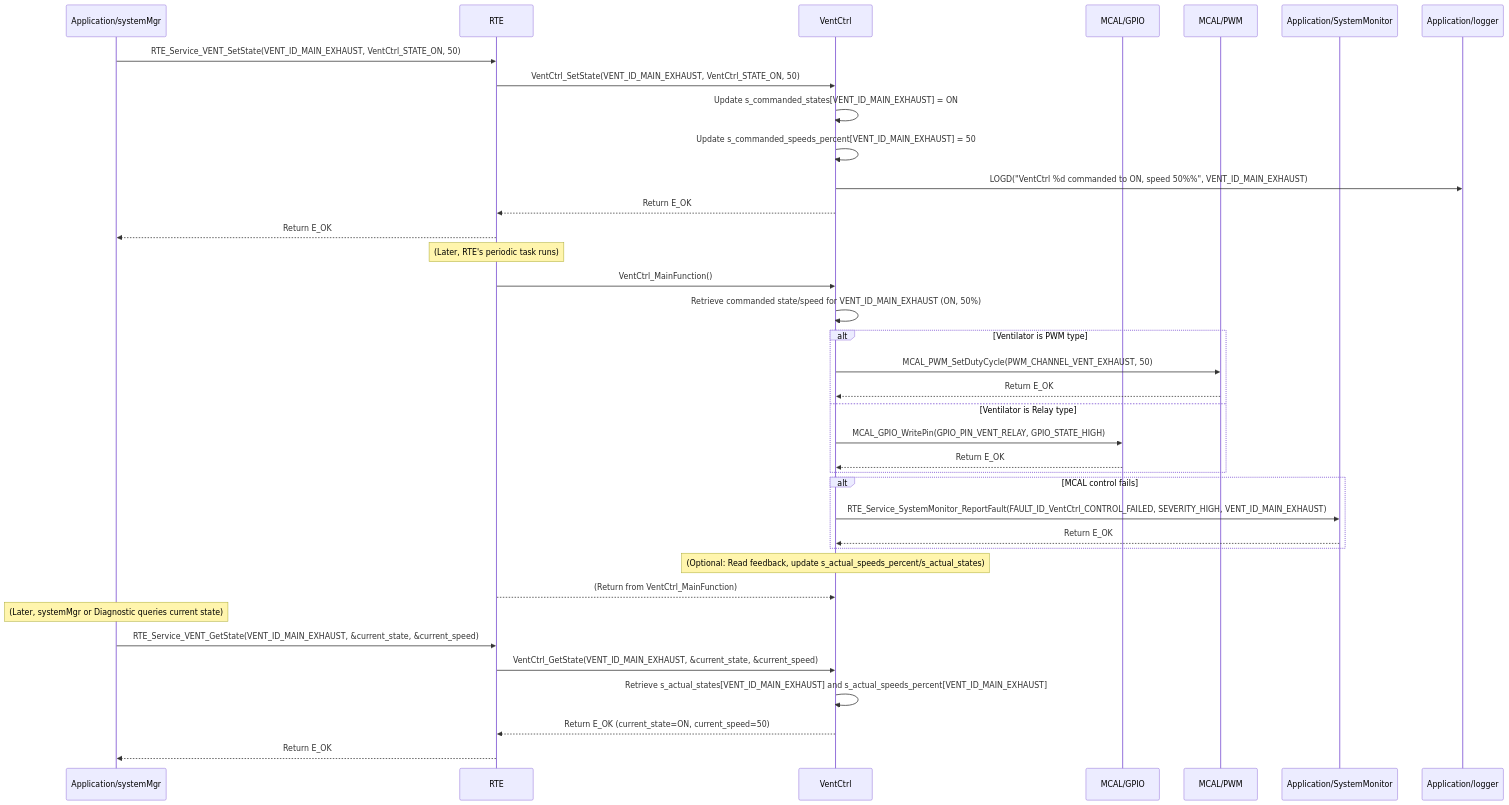
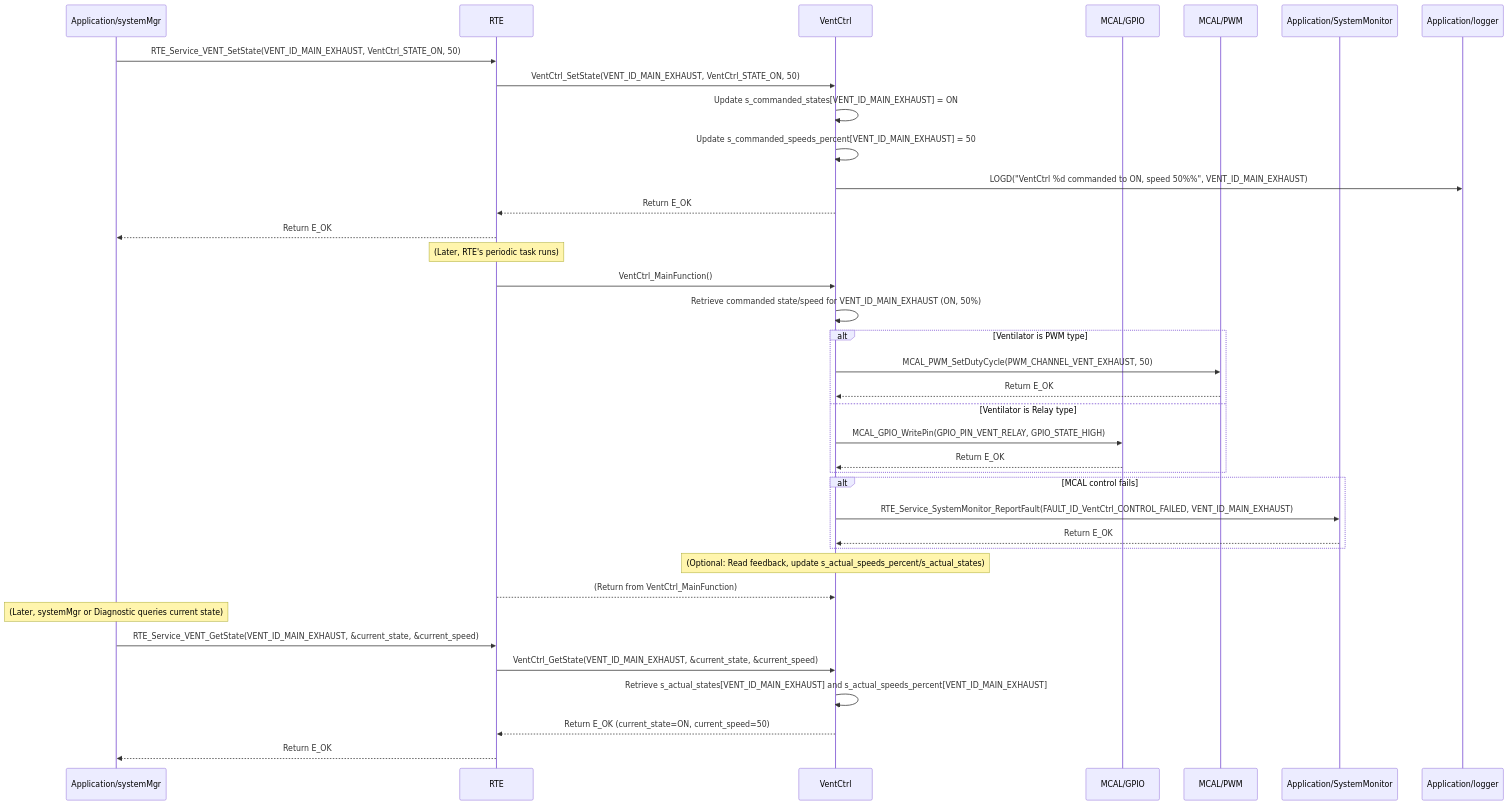
Before and after one commit to ashaker-2/Platform: the diagram in Requiremets/Design/Application/VentilatorControl.md, drawn with Mermaid. The commit also changed other lines of this file and 79 other files, not shown here.

````diff
--- a/Requiremets/Design/Application/VentilatorControl.md
+++ b/Requiremets/Design/Application/VentilatorControl.md
@@ -205,42 +211,42 @@
 ```mermaid
 sequenceDiagram  
     participant SystemMgr as Application/systemMgr  
     participant RTE as RTE  
     participant VentCtrl as VentCtrl  
     participant MCAL_GPIO as MCAL/GPIO  
     participant MCAL_PWM as MCAL/PWM  
     participant SystemMonitor as Application/SystemMonitor  
     participant Logger as Application/logger
 
     SystemMgr->>RTE: RTE_Service_VENT_SetState(VENT_ID_MAIN_EXHAUST, VentCtrl_STATE_ON, 50)  
     RTE->>VentCtrl: VentCtrl_SetState(VENT_ID_MAIN_EXHAUST, VentCtrl_STATE_ON, 50)  
     VentCtrl->>VentCtrl: Update s_commanded_states[VENT_ID_MAIN_EXHAUST] = ON  
     VentCtrl->>VentCtrl: Update s_commanded_speeds_percent[VENT_ID_MAIN_EXHAUST] = 50  
     VentCtrl->>Logger: LOGD("VentCtrl %d commanded to ON, speed 50%%", VENT_ID_MAIN_EXHAUST)  
     VentCtrl-->>RTE: Return E_OK  
     RTE-->>SystemMgr: Return E_OK
 
     Note over RTE: (Later, RTE's periodic task runs)  
     RTE->>VentCtrl: VentCtrl_MainFunction()  
     VentCtrl->>VentCtrl: Retrieve commanded state/speed for VENT_ID_MAIN_EXHAUST (ON, 50%)  
     alt Ventilator is PWM type  
         VentCtrl->>MCAL_PWM: MCAL_PWM_SetDutyCycle(PWM_CHANNEL_VENT_EXHAUST, 50)  
         MCAL_PWM-->>VentCtrl: Return E_OK  
     else Ventilator is Relay type  
         VentCtrl->>MCAL_GPIO: MCAL_GPIO_WritePin(GPIO_PIN_VENT_RELAY, GPIO_STATE_HIGH)  
         MCAL_GPIO-->>VentCtrl: Return E_OK  
     end  
     alt MCAL control fails  
-        VentCtrl->>SystemMonitor: RTE_Service_SystemMonitor_ReportFault(FAULT_ID_VentCtrl_CONTROL_FAILED, SEVERITY_HIGH, VENT_ID_MAIN_EXHAUST)  
+        VentCtrl->>SystemMonitor: RTE_Service_SystemMonitor_ReportFault(FAULT_ID_VentCtrl_CONTROL_FAILED,  VENT_ID_MAIN_EXHAUST)  
         SystemMonitor-->>VentCtrl: Return E_OK  
     end  
     Note over VentCtrl: (Optional: Read feedback, update s_actual_speeds_percent/s_actual_states)  
     RTE-->>VentCtrl: (Return from VentCtrl_MainFunction)
 
     Note over SystemMgr: (Later, systemMgr or Diagnostic queries current state)  
     SystemMgr->>RTE: RTE_Service_VENT_GetState(VENT_ID_MAIN_EXHAUST, &current_state, &current_speed)  
     RTE->>VentCtrl: VentCtrl_GetState(VENT_ID_MAIN_EXHAUST, &current_state, &current_speed)  
     VentCtrl->>VentCtrl: Retrieve s_actual_states[VENT_ID_MAIN_EXHAUST] and s_actual_speeds_percent[VENT_ID_MAIN_EXHAUST]  
     VentCtrl-->>RTE: Return E_OK (current_state=ON, current_speed=50)  
     RTE-->>SystemMgr: Return E_OK
 ```
````
